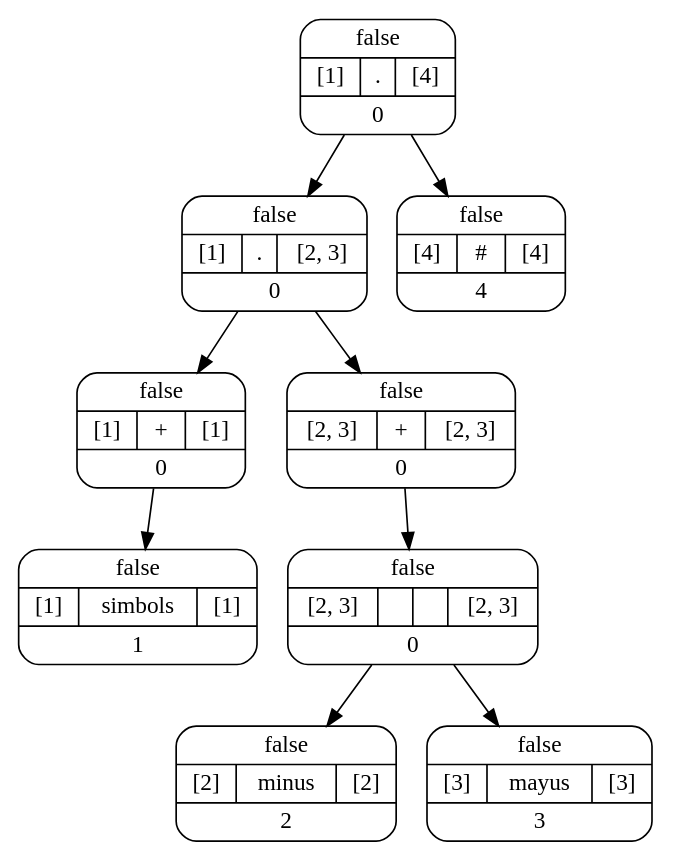
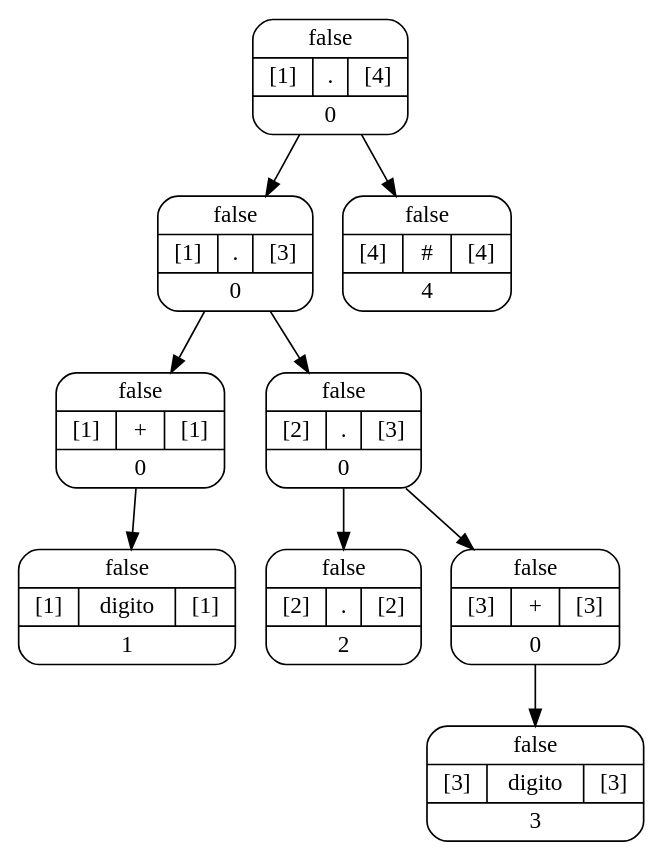
One commit to Villa01/OLC1-Proyecto1_201900907 changed the diagram in Salida/ArchivosDot/Grafico0.dot. Above: the diagram before and after it, drawn with Graphviz. The commit also changed 42 other files, not shown here.

```diff
--- a/Salida/ArchivosDot/Grafico0.dot
+++ b/Salida/ArchivosDot/Grafico0.dot
@@ -1,23 +1,23 @@
 digraph Arbol_Sintactico{
 
  node[style=rounded shape=record]
 node0[label = "{false|{[1]|.|[4]}|0}"];
 node0 -> node00
-node00[label = "{false|{[1]|.|[2, 3]}|0}"];
+node00[label = "{false|{[1]|.|[3]}|0}"];
 node00 -> node000
 node000[label = "{false|{[1]|+|[1]}|0}"];
 node000 -> node0000
-node0000[label = "{false|{[1]|simbols|[1]}|1}"];
+node0000[label = "{false|{[1]|digito|[1]}|1}"];
 node00 -> node001
-node001[label = "{false|{[2, 3]|+|[2, 3]}|0}"];
+node001[label = "{false|{[2]|.|[3]}|0}"];
 node001 -> node0010
-node0010[label = "{false|{[2, 3]|||[2, 3]}|0}"];
-node0010 -> node00100
-node00100[label = "{false|{[2]|minus|[2]}|2}"];
-node0010 -> node00101
-node00101[label = "{false|{[3]|mayus|[3]}|3}"];
+node0010[label = "{false|{[2]|.|[2]}|2}"];
+node001 -> node0011
+node0011[label = "{false|{[3]|+|[3]}|0}"];
+node0011 -> node00110
+node00110[label = "{false|{[3]|digito|[3]}|3}"];
 node0 -> node01
 node01[label = "{false|{[4]|#|[4]}|4}"];
 
 
 }
```
